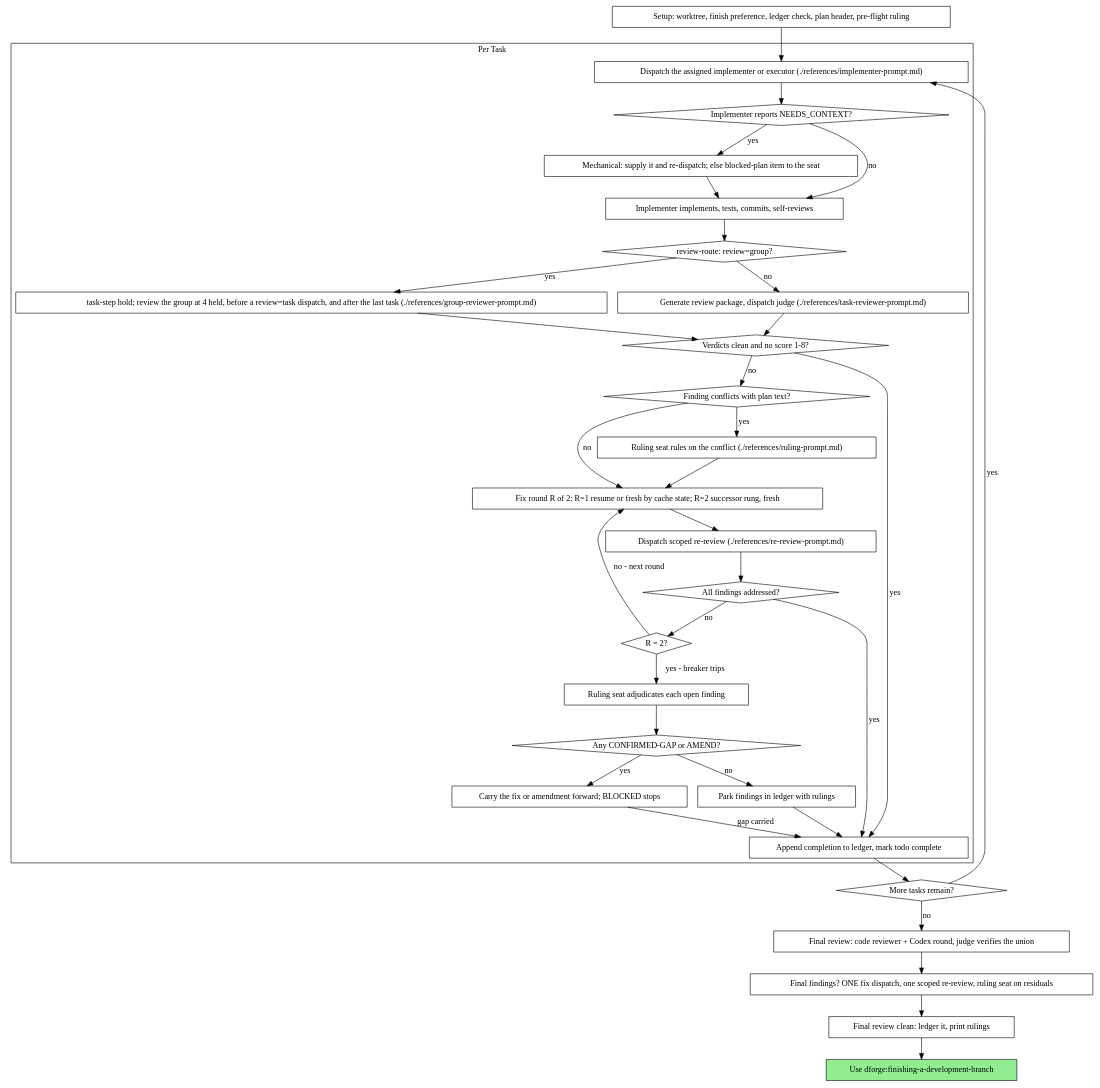
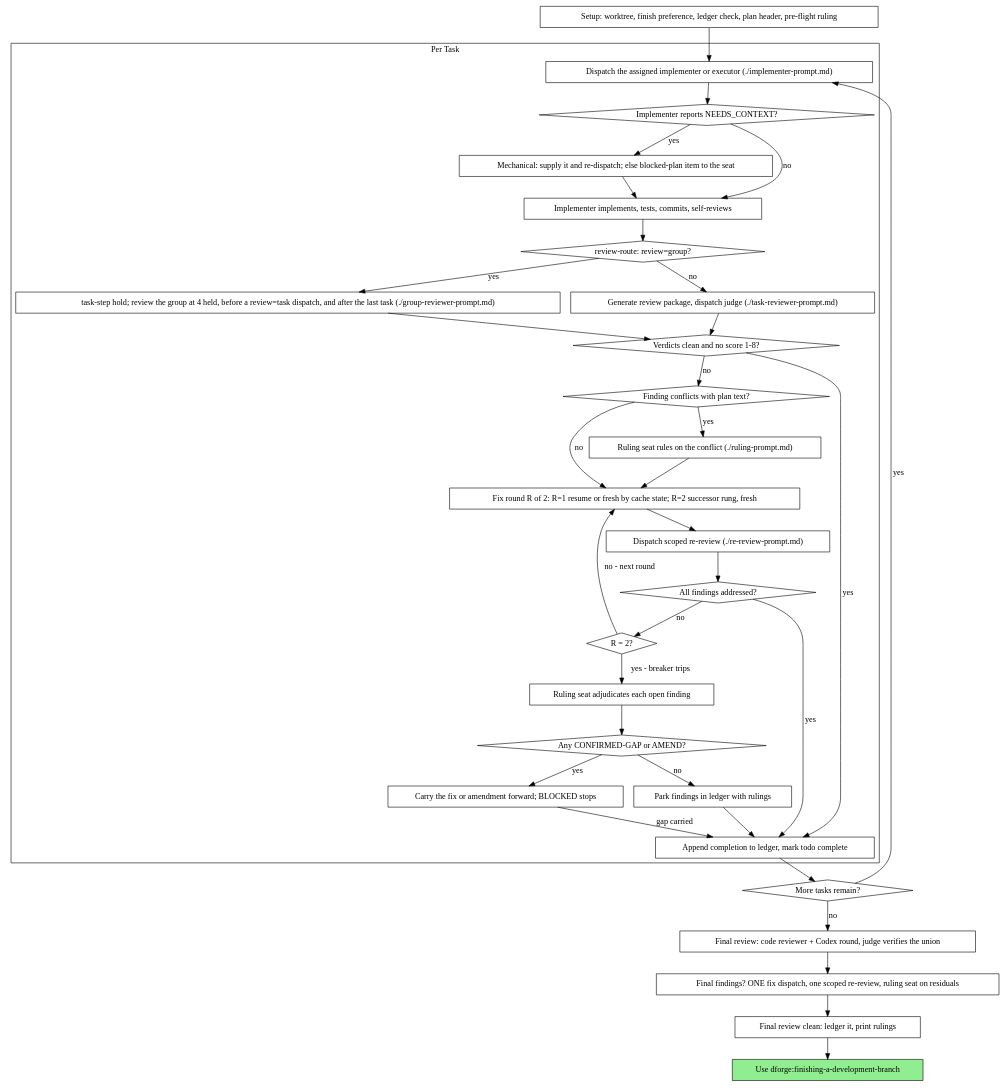
The diagram in plugins/dforge/skills/subagent-driven-development/references/process-graph.md (darkraise/darkraise-ai-plugins), drawn with Graphviz before and after one commit. The commit also changed 6 other files, not shown here.

````diff
--- a/plugins/dforge/skills/subagent-driven-development/references/process-graph.md
+++ b/plugins/dforge/skills/subagent-driven-development/references/process-graph.md
@@ -3,68 +3,68 @@
 ```dot
 digraph process {
     rankdir=TB;
 
     subgraph cluster_per_task {
         label="Per Task";
-        "Dispatch the assigned implementer or executor (./references/implementer-prompt.md)" [shape=box];
+        "Dispatch the assigned implementer or executor (./implementer-prompt.md)" [shape=box];
         "Implementer reports NEEDS_CONTEXT?" [shape=diamond];
         "Mechanical: supply it and re-dispatch; else blocked-plan item to the seat" [shape=box];
         "Implementer implements, tests, commits, self-reviews" [shape=box];
         "review-route: review=group?" [shape=diamond];
-        "task-step hold; review the group at 4 held, before a review=task dispatch, and after the last task (./references/group-reviewer-prompt.md)" [shape=box];
-        "Generate review package, dispatch judge (./references/task-reviewer-prompt.md)" [shape=box];
+        "task-step hold; review the group at 4 held, before a review=task dispatch, and after the last task (./group-reviewer-prompt.md)" [shape=box];
+        "Generate review package, dispatch judge (./task-reviewer-prompt.md)" [shape=box];
         "Verdicts clean and no score 1-8?" [shape=diamond];
         "Finding conflicts with plan text?" [shape=diamond];
-        "Ruling seat rules on the conflict (./references/ruling-prompt.md)" [shape=box];
+        "Ruling seat rules on the conflict (./ruling-prompt.md)" [shape=box];
         "Fix round R of 2: R=1 resume or fresh by cache state; R=2 successor rung, fresh" [shape=box];
-        "Dispatch scoped re-review (./references/re-review-prompt.md)" [shape=box];
+        "Dispatch scoped re-review (./re-review-prompt.md)" [shape=box];
         "All findings addressed?" [shape=diamond];
         "R = 2?" [shape=diamond];
         "Ruling seat adjudicates each open finding" [shape=box];
         "Any CONFIRMED-GAP or AMEND?" [shape=diamond];
         "Carry the fix or amendment forward; BLOCKED stops" [shape=box];
         "Park findings in ledger with rulings" [shape=box];
         "Append completion to ledger, mark todo complete" [shape=box];
     }
 
     "Setup: worktree, finish preference, ledger check, plan header, pre-flight ruling" [shape=box];
     "More tasks remain?" [shape=diamond];
     "Final review: code reviewer + Codex round, judge verifies the union" [shape=box];
     "Final findings? ONE fix dispatch, one scoped re-review, ruling seat on residuals" [shape=box];
     "Final review clean: ledger it, print rulings" [shape=box];
     "Use dforge:finishing-a-development-branch" [shape=box style=filled fillcolor=lightgreen];
 
-    "Setup: worktree, finish preference, ledger check, plan header, pre-flight ruling" -> "Dispatch the assigned implementer or executor (./references/implementer-prompt.md)";
-    "Dispatch the assigned implementer or executor (./references/implementer-prompt.md)" -> "Implementer reports NEEDS_CONTEXT?";
+    "Setup: worktree, finish preference, ledger check, plan header, pre-flight ruling" -> "Dispatch the assigned implementer or executor (./implementer-prompt.md)";
+    "Dispatch the assigned implementer or executor (./implementer-prompt.md)" -> "Implementer reports NEEDS_CONTEXT?";
     "Implementer reports NEEDS_CONTEXT?" -> "Mechanical: supply it and re-dispatch; else blocked-plan item to the seat" [label="yes"];
     "Mechanical: supply it and re-dispatch; else blocked-plan item to the seat" -> "Implementer implements, tests, commits, self-reviews";
     "Implementer reports NEEDS_CONTEXT?" -> "Implementer implements, tests, commits, self-reviews" [label="no"];
     "Implementer implements, tests, commits, self-reviews" -> "review-route: review=group?";
-    "review-route: review=group?" -> "Generate review package, dispatch judge (./references/task-reviewer-prompt.md)" [label="no"];
-    "review-route: review=group?" -> "task-step hold; review the group at 4 held, before a review=task dispatch, and after the last task (./references/group-reviewer-prompt.md)" [label="yes"];
-    "task-step hold; review the group at 4 held, before a review=task dispatch, and after the last task (./references/group-reviewer-prompt.md)" -> "Verdicts clean and no score 1-8?";
-    "Generate review package, dispatch judge (./references/task-reviewer-prompt.md)" -> "Verdicts clean and no score 1-8?";
+    "review-route: review=group?" -> "Generate review package, dispatch judge (./task-reviewer-prompt.md)" [label="no"];
+    "review-route: review=group?" -> "task-step hold; review the group at 4 held, before a review=task dispatch, and after the last task (./group-reviewer-prompt.md)" [label="yes"];
+    "task-step hold; review the group at 4 held, before a review=task dispatch, and after the last task (./group-reviewer-prompt.md)" -> "Verdicts clean and no score 1-8?";
+    "Generate review package, dispatch judge (./task-reviewer-prompt.md)" -> "Verdicts clean and no score 1-8?";
     "Verdicts clean and no score 1-8?" -> "Append completion to ledger, mark todo complete" [label="yes"];
     "Verdicts clean and no score 1-8?" -> "Finding conflicts with plan text?" [label="no"];
-    "Finding conflicts with plan text?" -> "Ruling seat rules on the conflict (./references/ruling-prompt.md)" [label="yes"];
-    "Ruling seat rules on the conflict (./references/ruling-prompt.md)" -> "Fix round R of 2: R=1 resume or fresh by cache state; R=2 successor rung, fresh";
+    "Finding conflicts with plan text?" -> "Ruling seat rules on the conflict (./ruling-prompt.md)" [label="yes"];
+    "Ruling seat rules on the conflict (./ruling-prompt.md)" -> "Fix round R of 2: R=1 resume or fresh by cache state; R=2 successor rung, fresh";
     "Finding conflicts with plan text?" -> "Fix round R of 2: R=1 resume or fresh by cache state; R=2 successor rung, fresh" [label="no"];
-    "Fix round R of 2: R=1 resume or fresh by cache state; R=2 successor rung, fresh" -> "Dispatch scoped re-review (./references/re-review-prompt.md)";
-    "Dispatch scoped re-review (./references/re-review-prompt.md)" -> "All findings addressed?";
+    "Fix round R of 2: R=1 resume or fresh by cache state; R=2 successor rung, fresh" -> "Dispatch scoped re-review (./re-review-prompt.md)";
+    "Dispatch scoped re-review (./re-review-prompt.md)" -> "All findings addressed?";
     "All findings addressed?" -> "Append completion to ledger, mark todo complete" [label="yes"];
     "All findings addressed?" -> "R = 2?" [label="no"];
     "R = 2?" -> "Fix round R of 2: R=1 resume or fresh by cache state; R=2 successor rung, fresh" [label="no - next round"];
     "R = 2?" -> "Ruling seat adjudicates each open finding" [label="yes - breaker trips"];
     "Ruling seat adjudicates each open finding" -> "Any CONFIRMED-GAP or AMEND?";
     "Any CONFIRMED-GAP or AMEND?" -> "Carry the fix or amendment forward; BLOCKED stops" [label="yes"];
     "Carry the fix or amendment forward; BLOCKED stops" -> "Append completion to ledger, mark todo complete" [label="gap carried"];
     "Any CONFIRMED-GAP or AMEND?" -> "Park findings in ledger with rulings" [label="no"];
     "Park findings in ledger with rulings" -> "Append completion to ledger, mark todo complete";
     "Append completion to ledger, mark todo complete" -> "More tasks remain?";
-    "More tasks remain?" -> "Dispatch the assigned implementer or executor (./references/implementer-prompt.md)" [label="yes"];
+    "More tasks remain?" -> "Dispatch the assigned implementer or executor (./implementer-prompt.md)" [label="yes"];
     "More tasks remain?" -> "Final review: code reviewer + Codex round, judge verifies the union" [label="no"];
     "Final review: code reviewer + Codex round, judge verifies the union" -> "Final findings? ONE fix dispatch, one scoped re-review, ruling seat on residuals";
     "Final findings? ONE fix dispatch, one scoped re-review, ruling seat on residuals" -> "Final review clean: ledger it, print rulings";
     "Final review clean: ledger it, print rulings" -> "Use dforge:finishing-a-development-branch";
 }
 ```
````
